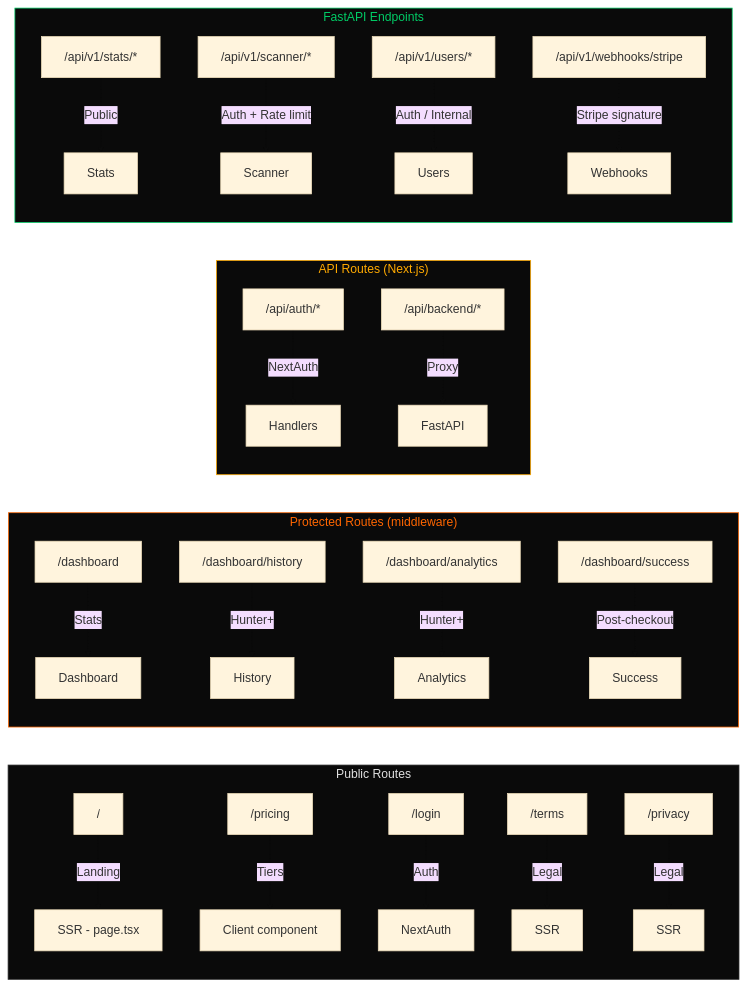
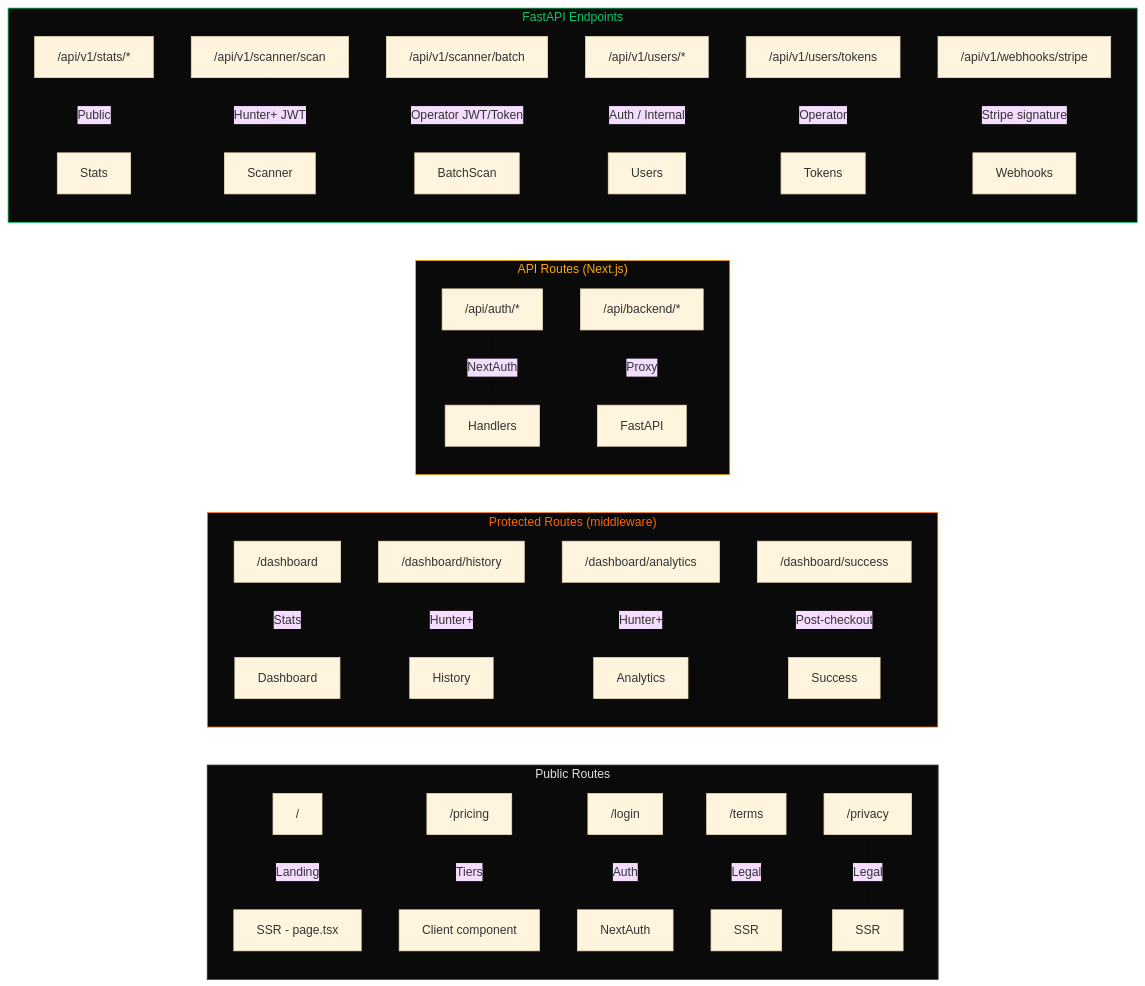
One commit to nabz0r/deadinternet.report changed the seventh of 10 diagrams in docs/ARCHITECTURE.md. Above: the diagram before and after it, drawn with Mermaid (base theme). The commit also changed other lines of this file and 4 other files, not shown here.

First line of the commit message:
Update all documentation for API tokens and bulk scanning

````diff
--- a/docs/ARCHITECTURE.md
+++ b/docs/ARCHITECTURE.md
@@ -329,34 +343,36 @@
 ```mermaid
 graph LR
     subgraph Public["Public Routes"]
         LP["/"] -->|Landing| SSR["SSR - page.tsx"]
         PR["/pricing"] -->|Tiers| Client["Client component"]
         LG["/login"] -->|Auth| NextAuth
         TOS["/terms"] -->|Legal| SSR2["SSR"]
         PIV["/privacy"] -->|Legal| SSR3["SSR"]
     end
 
     subgraph Protected["Protected Routes (middleware)"]
         DB["/dashboard"] -->|Stats| Dashboard
         HI["/dashboard/history"] -->|Hunter+| History
         AN["/dashboard/analytics"] -->|Hunter+| Analytics
         SU["/dashboard/success"] -->|Post-checkout| Success
     end
 
     subgraph API["API Routes (Next.js)"]
         AUTH["/api/auth/*"] -->|NextAuth| Handlers
         BK["/api/backend/*"] -->|Proxy| FastAPI
     end
 
     subgraph Backend["FastAPI Endpoints"]
         ST["/api/v1/stats/*"] -->|Public| Stats
-        SC["/api/v1/scanner/*"] -->|Auth + Rate limit| Scanner
+        SC["/api/v1/scanner/scan"] -->|Hunter+ JWT| Scanner
+        BA["/api/v1/scanner/batch"] -->|Operator JWT/Token| BatchScan
         US["/api/v1/users/*"] -->|Auth / Internal| Users
+        TK["/api/v1/users/tokens"] -->|Operator| Tokens
         WH["/api/v1/webhooks/stripe"] -->|Stripe signature| Webhooks
     end
 
     style Public fill:#0a0a0a,color:#e0e0e0,stroke:#333
     style Protected fill:#0a0a0a,color:#ff6600,stroke:#ff6600
     style API fill:#0a0a0a,color:#ffaa00,stroke:#ffaa00
     style Backend fill:#0a0a0a,color:#00cc66,stroke:#00cc66
 ```
````
